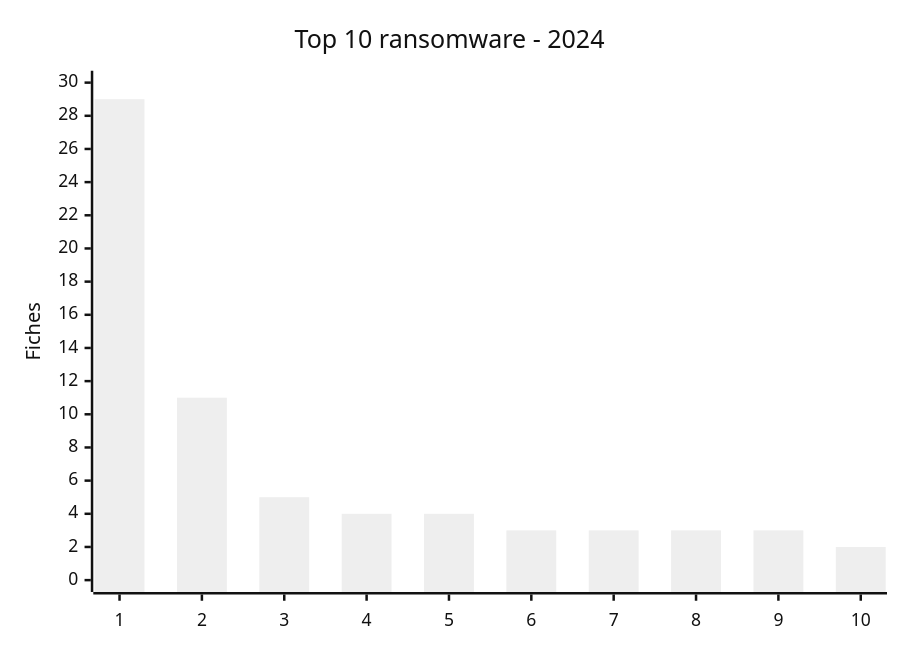
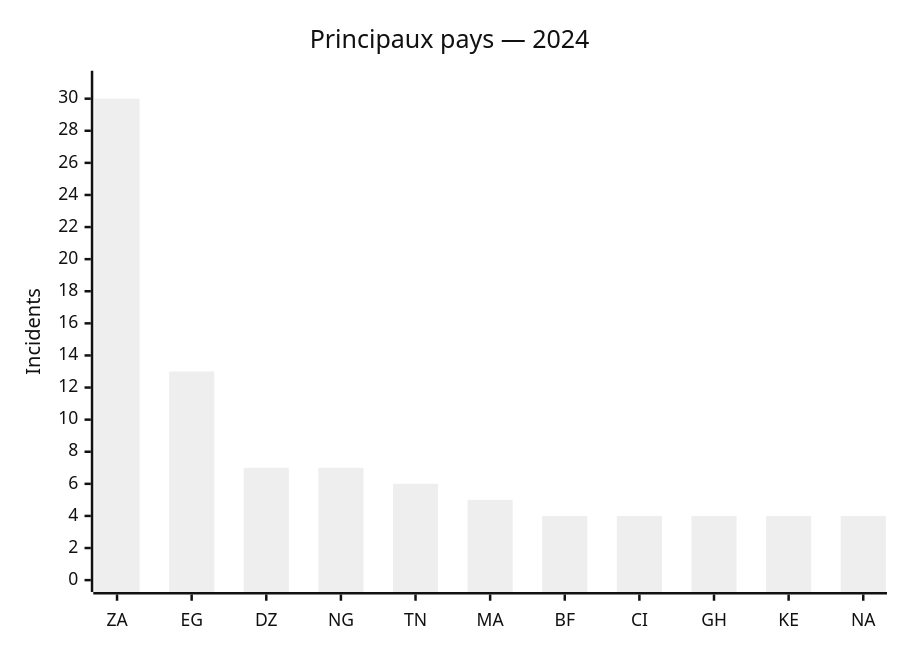
One commit to Hatchepsoute/AFRINTEL changed the third of 3 diagrams in CyberAttackAfrica/2024/README_FR.md. Above: the diagram before and after it, drawn with Mermaid (neutral theme). The commit also changed other lines of this file and 109 other files, not shown here.

````diff
--- a/CyberAttackAfrica/2024/README_FR.md
+++ b/CyberAttackAfrica/2024/README_FR.md
@@ -175,7 +107,7 @@
 ```mermaid
-xychart-beta
-    title "Top 10 ransomware - 2024"
-    x-axis ["1","2","3","4","5","6","7","8","9","10"]
-    y-axis "Fiches" 0 --> 30
-    bar [29,11,5,4,4,3,3,3,3,2]
+xychart
+    title "Principaux pays — 2024"
+    x-axis ["ZA","EG","DZ","NG","TN","MA","BF","CI","GH","KE","NA"]
+    y-axis "Incidents" 0 --> 31
+    bar [30,13,7,7,6,5,4,4,4,4,4]
 ```
````
